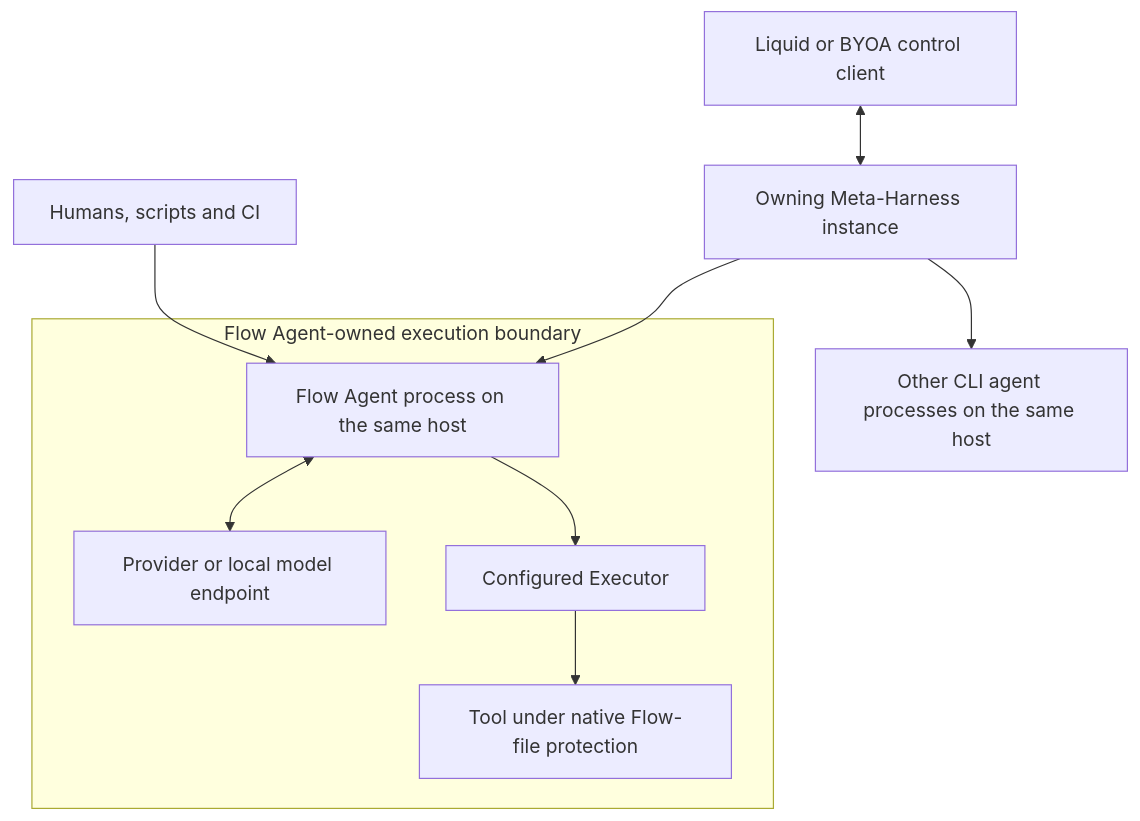
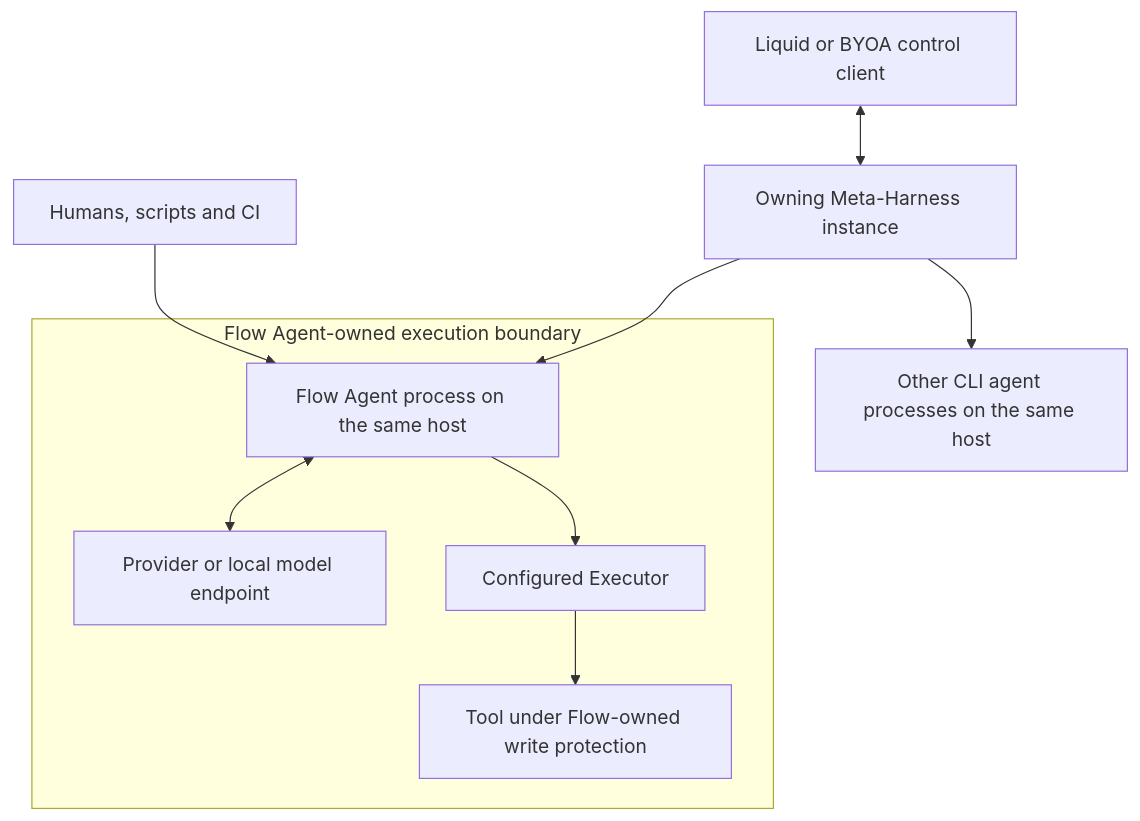
One commit to Open-Equilibrium/watershed changed the second of 2 diagrams in VISION.md. Above: the diagram before and after it, drawn with Mermaid. The commit also changed other lines of this file and 14 other files, not shown here.

First line of the commit message:
docs: name Flow Agent's file protection Flow-owned write protection

````diff
--- a/VISION.md
+++ b/VISION.md
@@ -52,12 +52,12 @@
 ```mermaid
 flowchart TD
   UI["Liquid or BYOA control client"] <--> MH["Owning Meta-Harness instance"]
   MH --> OA["Other CLI agent processes on the same host"]
   DIRECT["Humans, scripts and CI"] --> FA
   MH --> FA
   subgraph FLOW["Flow Agent-owned execution boundary"]
     FA["Flow Agent process on the same host"] <--> PROVIDER["Provider or local model endpoint"]
     FA --> EXECUTOR["Configured Executor"]
-    EXECUTOR --> TOOL["Tool under native Flow-file protection"]
+    EXECUTOR --> TOOL["Tool under Flow-owned write protection"]
   end
 ```
````
